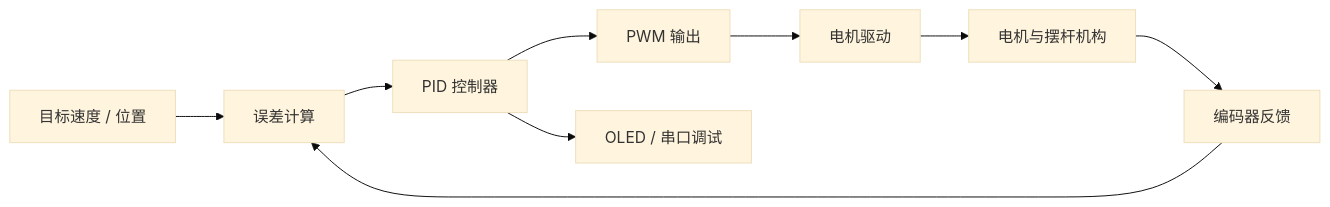
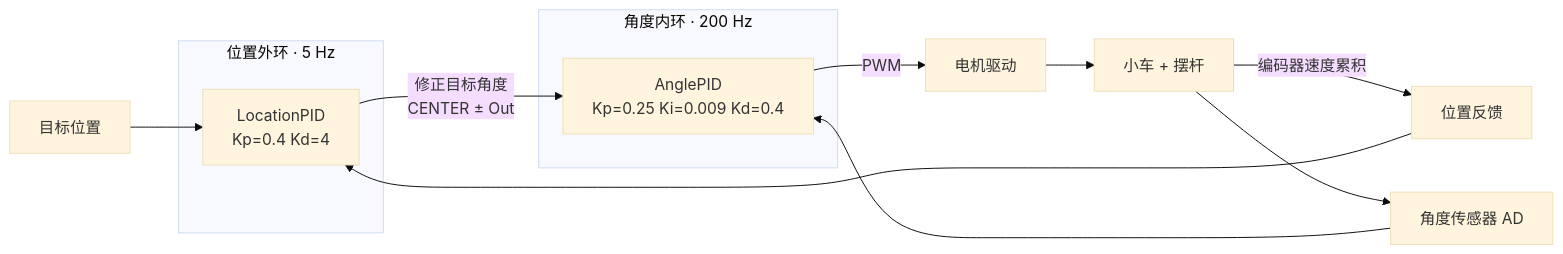
The diagram in README.md (xayzyt/PID_INVERTED_PENDULUM), drawn with Mermaid (base theme) before and after one commit. The commit also changed other lines of this file, not shown here.

First line of the commit message:
docs(readme): 完善实验路线、双环架构图与自动启摆状态机说明

````diff
--- a/README.md
+++ b/README.md
@@ -32,11 +59,17 @@
 ```mermaid
 flowchart LR
-    Target["目标速度 / 位置"] --> Error["误差计算"]
-    Encoder["编码器反馈"] --> Error
-    Error --> PID["PID 控制器"]
-    PID --> PWM["PWM 输出"]
-    PWM --> Driver["电机驱动"]
-    Driver --> Plant["电机与摆杆机构"]
-    Plant --> Encoder
-    PID --> OLED["OLED / 串口调试"]
+    subgraph 位置外环["位置外环 · 5 Hz"]
+        LP["LocationPID\nKp=0.4  Kd=4"]
+    end
+    subgraph 角度内环["角度内环 · 200 Hz"]
+        AP["AnglePID\nKp=0.25  Ki=0.009  Kd=0.4"]
+    end
+    Loc["目标位置"] --> LP
+    LP -->|"修正目标角度\nCENTER ± Out"| AP
+    AD["角度传感器 AD"] --> AP
+    AP -->|PWM| DRV["电机驱动"]
+    DRV --> Plant["小车 + 摆杆"]
+    Plant -->|"编码器速度累积"| Enc["位置反馈"]
+    Enc --> LP
+    Plant --> AD
 ```
````
